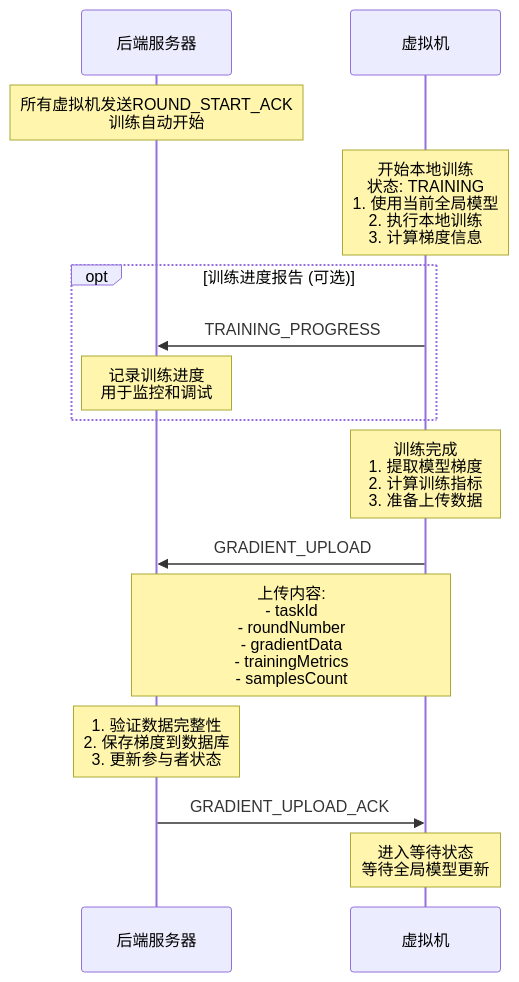
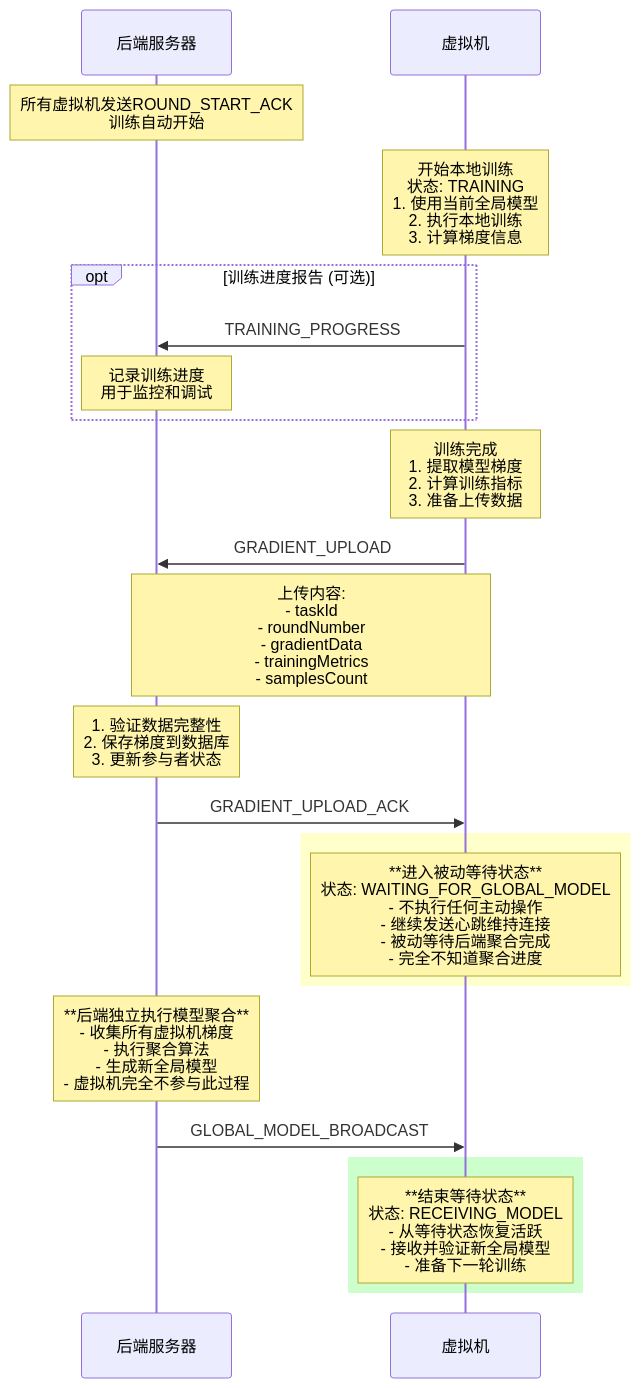
The fifth of 13 diagrams in docs/shared/api/WebSocket/example/消息时序图.md (yyj-bot/fed-uwacomm), drawn with Mermaid before and after one commit. The commit also changed other lines of this file and 13 other files, not shown here.

````diff
--- a/docs/shared/api/WebSocket/example/消息时序图.md
+++ b/docs/shared/api/WebSocket/example/消息时序图.md
@@ -166,24 +170,35 @@
 ```mermaid
 sequenceDiagram
     participant Backend as 后端服务器
     participant VM as 虚拟机
 
     Note over Backend: 所有虚拟机发送ROUND_START_ACK<br/>训练自动开始
 
     Note over VM: 开始本地训练<br/>状态: TRAINING<br/>1. 使用当前全局模型<br/>2. 执行本地训练<br/>3. 计算梯度信息
 
     opt 训练进度报告 (可选)
         VM->>Backend: TRAINING_PROGRESS
         Note over Backend: 记录训练进度<br/>用于监控和调试
     end
 
     Note over VM: 训练完成<br/>1. 提取模型梯度<br/>2. 计算训练指标<br/>3. 准备上传数据
 
     VM->>Backend: GRADIENT_UPLOAD
     Note over Backend, VM: 上传内容:<br/>- taskId<br/>- roundNumber<br/>- gradientData<br/>- trainingMetrics<br/>- samplesCount
 
     Note over Backend: 1. 验证数据完整性<br/>2. 保存梯度到数据库<br/>3. 更新参与者状态
 
     Backend->>VM: GRADIENT_UPLOAD_ACK
-    Note over VM: 进入等待状态<br/>等待全局模型更新
+
+    rect rgba(255, 255, 0, 0.2)
+        Note over VM: **进入被动等待状态**<br/>状态: WAITING_FOR_GLOBAL_MODEL<br/>- 不执行任何主动操作<br/>- 继续发送心跳维持连接<br/>- 被动等待后端聚合完成<br/>- 完全不知道聚合进度
+    end
+
+    Note over Backend: **后端独立执行模型聚合**<br/>- 收集所有虚拟机梯度<br/>- 执行聚合算法<br/>- 生成新全局模型<br/>- 虚拟机完全不参与此过程
+
+    Backend->>VM: GLOBAL_MODEL_BROADCAST
+
+    rect rgba(0, 255, 0, 0.2)
+        Note over VM: **结束等待状态**<br/>状态: RECEIVING_MODEL<br/>- 从等待状态恢复活跃<br/>- 接收并验证新全局模型<br/>- 准备下一轮训练
+    end
 ```
````
